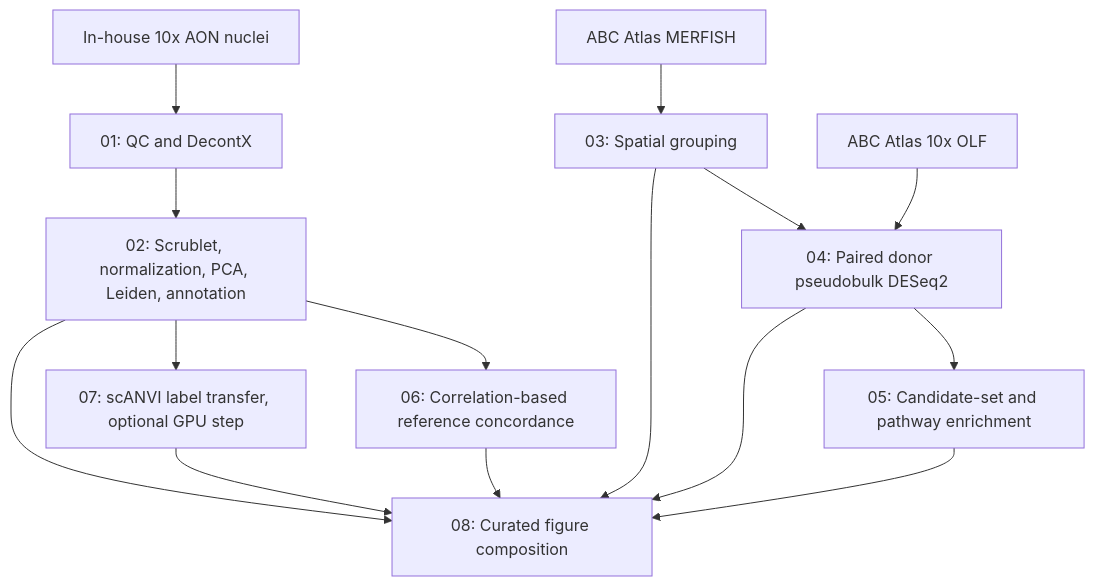
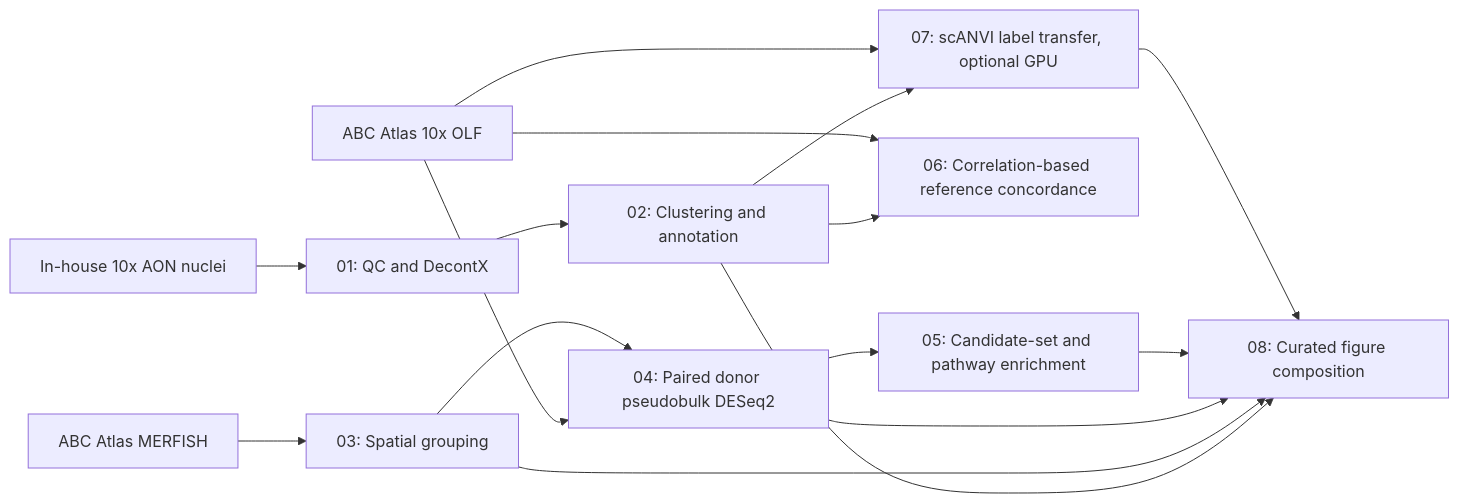
One commit to tisyasharma/AON_SnRNASeq_TS changed the diagram in README.md. Above: the diagram before and after it, drawn with Mermaid. The commit also changed other lines of this file and 2 other files, not shown here.

First line of the commit message:
Refine README accuracy and reconcile scANVI schema

````diff
--- a/README.md
+++ b/README.md
@@ -45,20 +45,22 @@
 ```mermaid
-flowchart TD
+flowchart LR
     A[In-house 10x AON nuclei] --> B[01: QC and DecontX]
-    B --> C[02: Scrublet, normalization, PCA, Leiden, annotation]
+    B --> C[02: Clustering and annotation]
 
     D[ABC Atlas MERFISH] --> E[03: Spatial grouping]
     F[ABC Atlas 10x OLF] --> G[04: Paired donor pseudobulk DESeq2]
     E --> G
     G --> H[05: Candidate-set and pathway enrichment]
 
     C --> I[06: Correlation-based reference concordance]
-    C --> J[07: scANVI label transfer, optional GPU step]
+    F --> I
+
+    C --> J[07: scANVI label transfer, optional GPU]
+    F --> J
 
     C --> K[08: Curated figure composition]
     E --> K
     G --> K
     H --> K
-    I --> K
     J --> K
 ```
````
